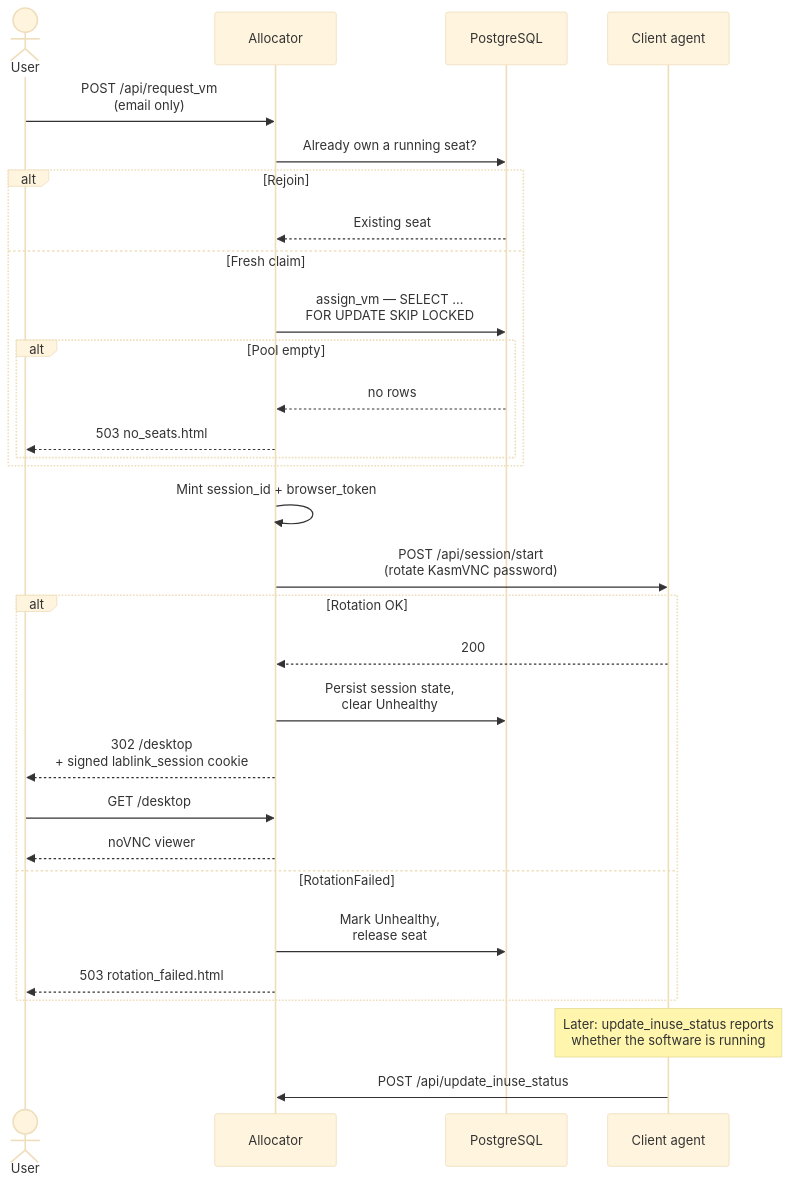
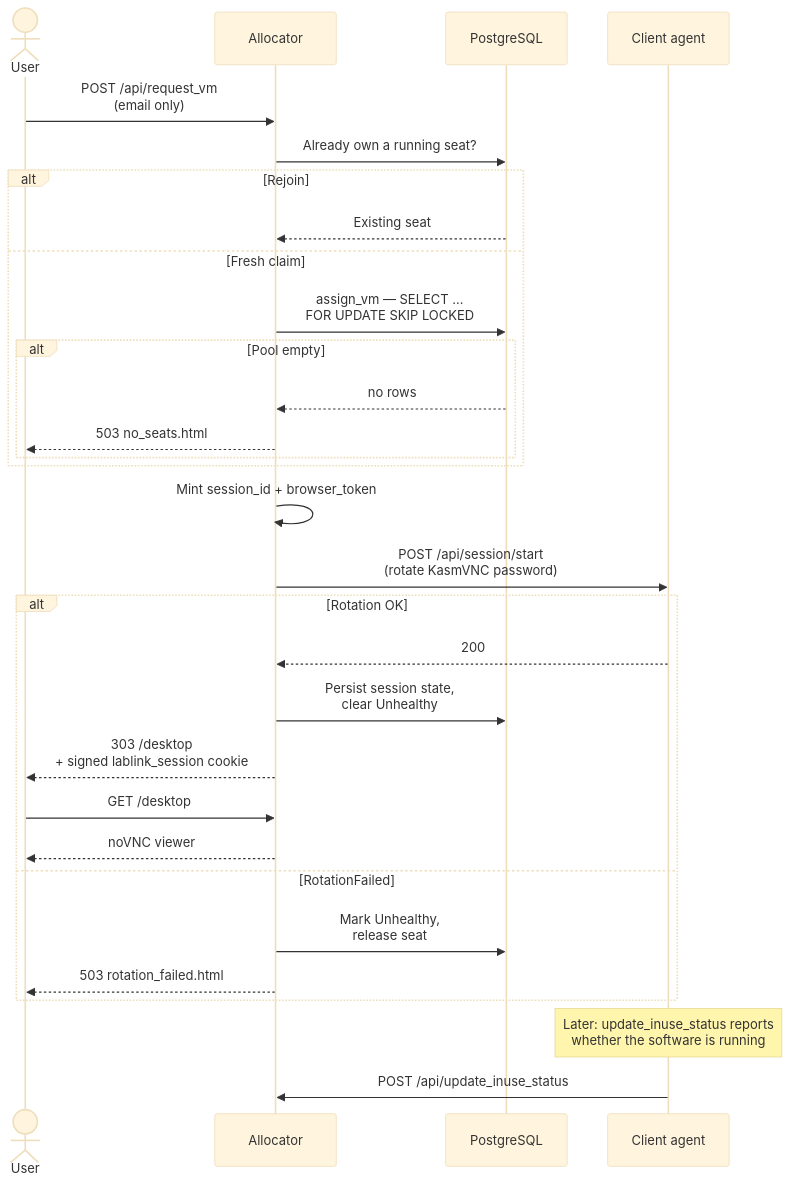
Before and after one commit to talmolab/lablink: the second of 4 diagrams in docs/architecture.md, drawn with Mermaid (base theme). The commit also changed other lines of this file and 29 other files, not shown here.

````diff
--- a/docs/architecture.md
+++ b/docs/architecture.md
@@ -356,37 +283,37 @@
 ```mermaid
 sequenceDiagram
     actor User
     participant Flask as Allocator
     participant DB as PostgreSQL
     participant Agent as Client agent
 
     User->>Flask: POST /api/request_vm<br/>(email only)
     Flask->>DB: Already own a running seat?
 
     alt Rejoin
         DB-->>Flask: Existing seat
     else Fresh claim
         Flask->>DB: assign_vm — SELECT … <br/>FOR UPDATE SKIP LOCKED
         alt Pool empty
             DB-->>Flask: no rows
             Flask-->>User: 503 no_seats.html
         end
     end
 
     Flask->>Flask: Mint session_id + browser_token
     Flask->>Agent: POST /api/session/start<br/>(rotate KasmVNC password)
 
     alt Rotation OK
         Agent-->>Flask: 200
         Flask->>DB: Persist session state,<br/>clear Unhealthy
-        Flask-->>User: 302 /desktop<br/>+ signed lablink_session cookie
+        Flask-->>User: 303 /desktop<br/>+ signed lablink_session cookie
         User->>Flask: GET /desktop
         Flask-->>User: noVNC viewer
     else RotationFailed
         Flask->>DB: Mark Unhealthy,<br/>release seat
         Flask-->>User: 503 rotation_failed.html
     end
 
     Note over Agent: Later: update_inuse_status reports<br/>whether the software is running
     Agent->>Flask: POST /api/update_inuse_status
 ```
````
